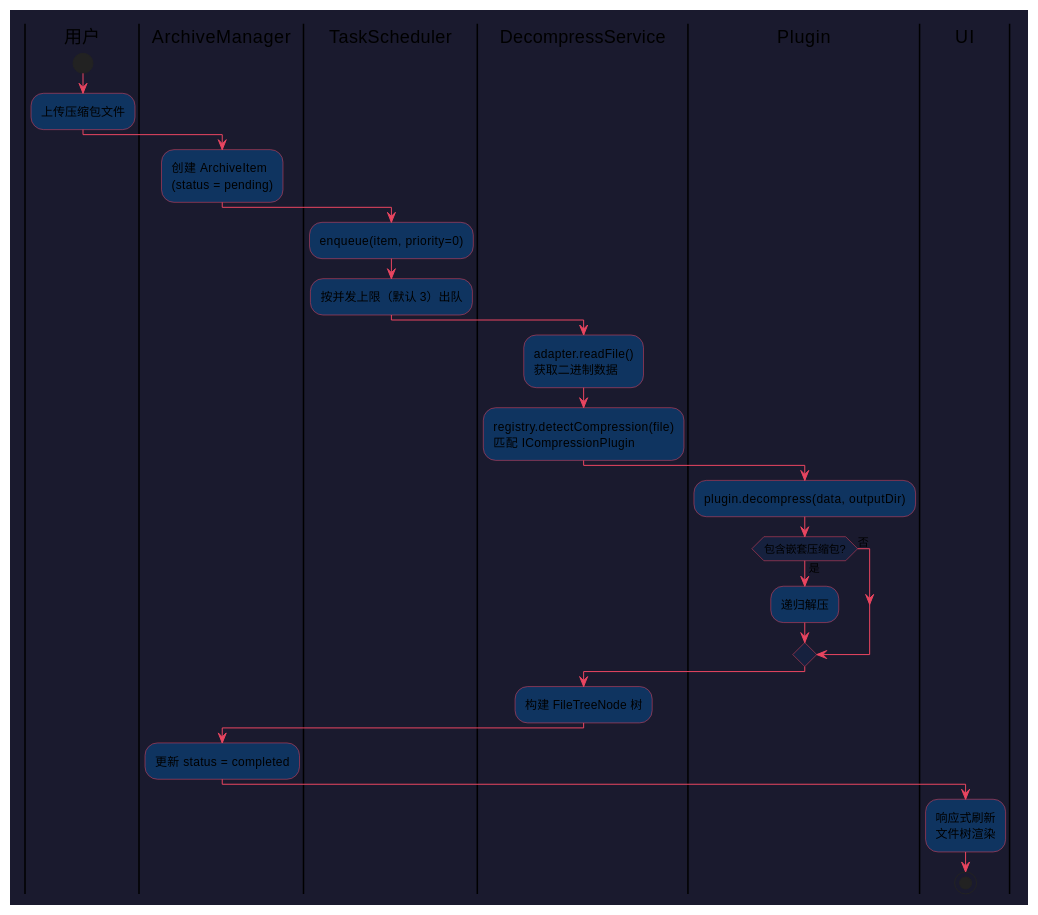
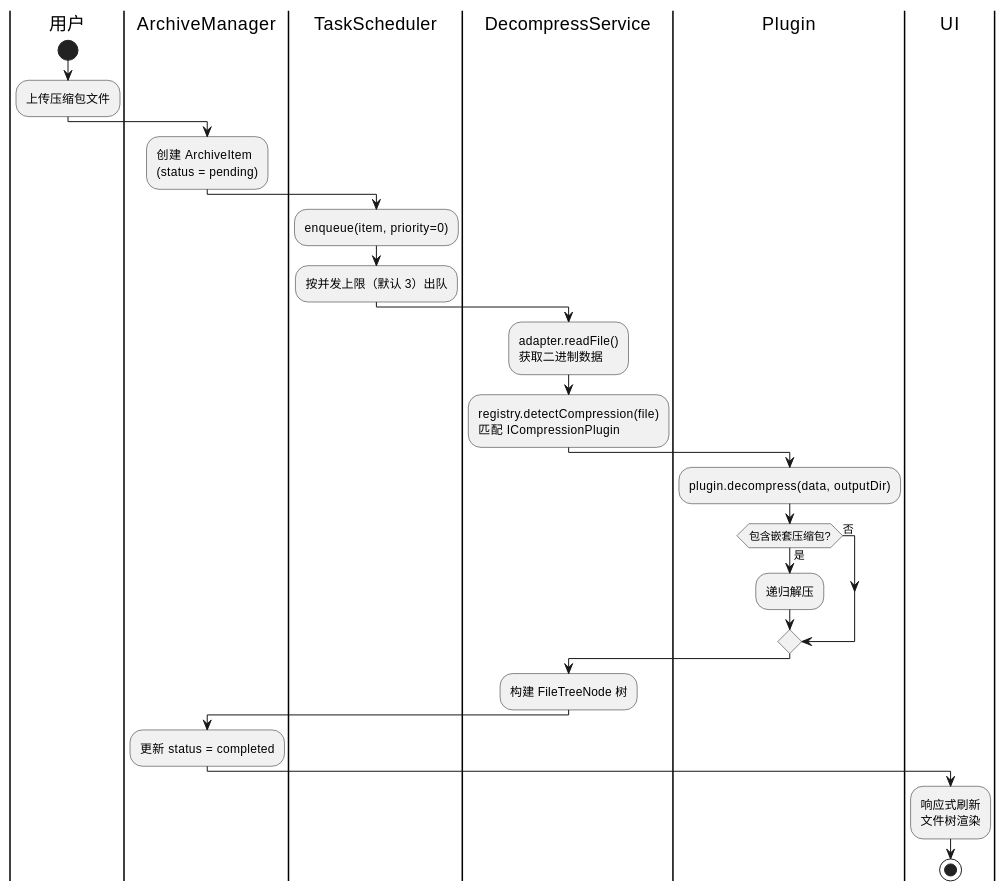
Diagram 14 of 20 in docs/superpowers/specs/2026-06-26-system-architecture-design.md (taoweidong/Hello-Tauri), drawn with PlantUML before and after one commit. The commit also changed other lines of this file and 1 other file, not shown here.

Commit message:
docs: add README, remove PlantUML dark theme styles

````diff
--- a/docs/superpowers/specs/2026-06-26-system-architecture-design.md
+++ b/docs/superpowers/specs/2026-06-26-system-architecture-design.md
@@ -827,44 +754,37 @@
 ```plantuml
 @startuml
-skinparam backgroundColor #1a1a2e
-skinparam defaultTextColor #e0e0e0
-skinparam activityBackgroundColor #0f3460
-skinparam activityBorderColor #e94560
-skinparam activityDiamondBackgroundColor #16213e
-skinparam activityDiamondBorderColor #e94560
-skinparam arrowColor #e94560
 
 |用户|
 start
 :上传压缩包文件;
 
 |ArchiveManager|
 :创建 ArchiveItem\n(status = pending);
 
 |TaskScheduler|
 :enqueue(item, priority=0);
 :按并发上限（默认 3）出队;
 
 |DecompressService|
 :adapter.readFile()\n获取二进制数据;
 :registry.detectCompression(file)\n匹配 ICompressionPlugin;
 
 |Plugin|
 :plugin.decompress(data, outputDir);
 
 if (包含嵌套压缩包?) then (是)
   :递归解压;
 else (否)
 endif
 
 |DecompressService|
 :构建 FileTreeNode 树;
 
 |ArchiveManager|
 :更新 status = completed;
 
 |UI|
 :响应式刷新\n文件树渲染;
 stop
 @enduml
 ```
````
